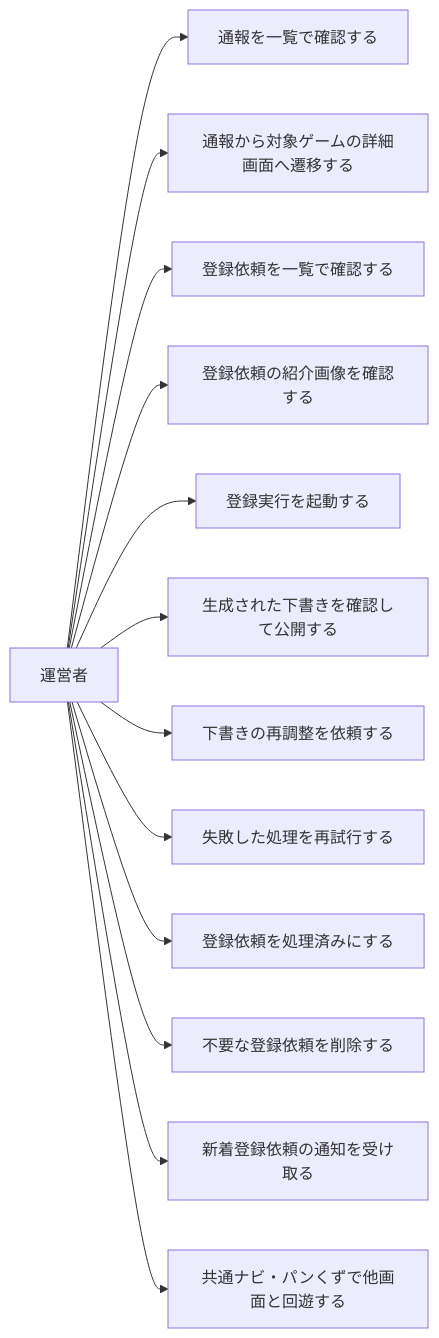
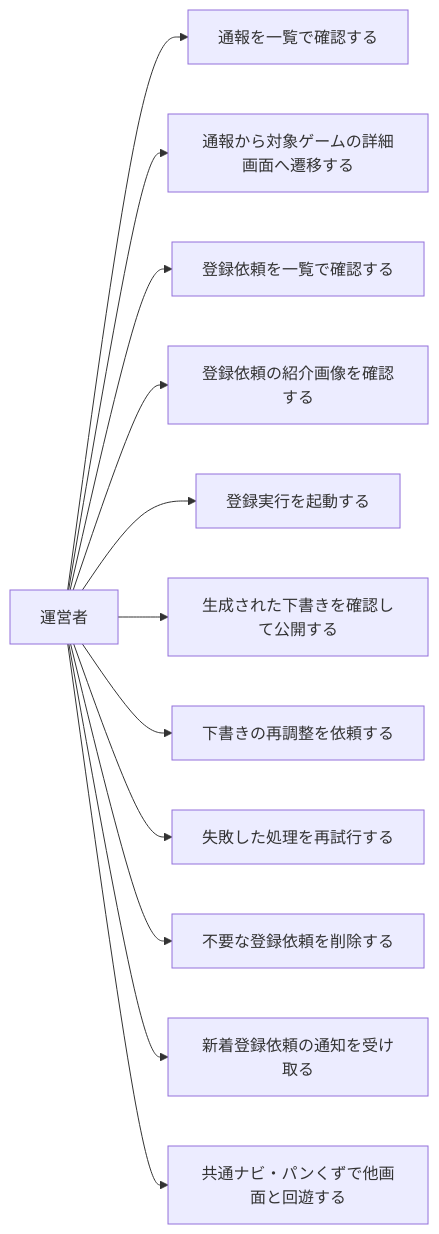
The diagram in specs/board-game-rules/admin/requirements.md (zakiyama0108/benriyatool), drawn with Mermaid before and after one commit. The commit also changed other lines of this file and 22 other files, not shown here.

````diff
--- a/specs/board-game-rules/admin/requirements.md
+++ b/specs/board-game-rules/admin/requirements.md
@@ -32,17 +32,16 @@
 ```mermaid
 flowchart LR
     admin[運営者]
 
     admin --> viewReports[通報を一覧で確認する]
     admin --> gotoGame[通報から対象ゲームの詳細画面へ遷移する]
     admin --> viewRequests[登録依頼を一覧で確認する]
     admin --> viewRequestPhoto[登録依頼の紹介画像を確認する]
     admin --> triggerRegistration[登録実行を起動する]
     admin --> reviewDraft[生成された下書きを確認して公開する]
     admin --> requestRevision[下書きの再調整を依頼する]
     admin --> retryFailed[失敗した処理を再試行する]
-    admin --> markProcessed[登録依頼を処理済みにする]
     admin --> deleteRequest[不要な登録依頼を削除する]
     admin --> notified[新着登録依頼の通知を受け取る]
     admin --> navigate[共通ナビ・パンくずで他画面と回遊する]
 ```
````
